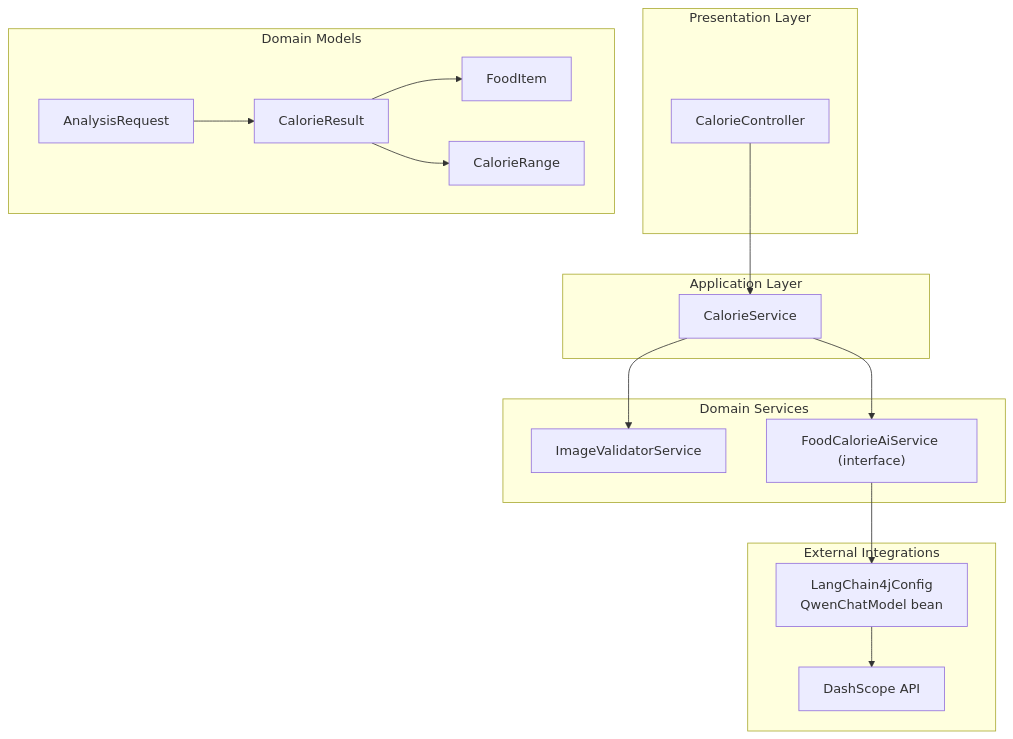
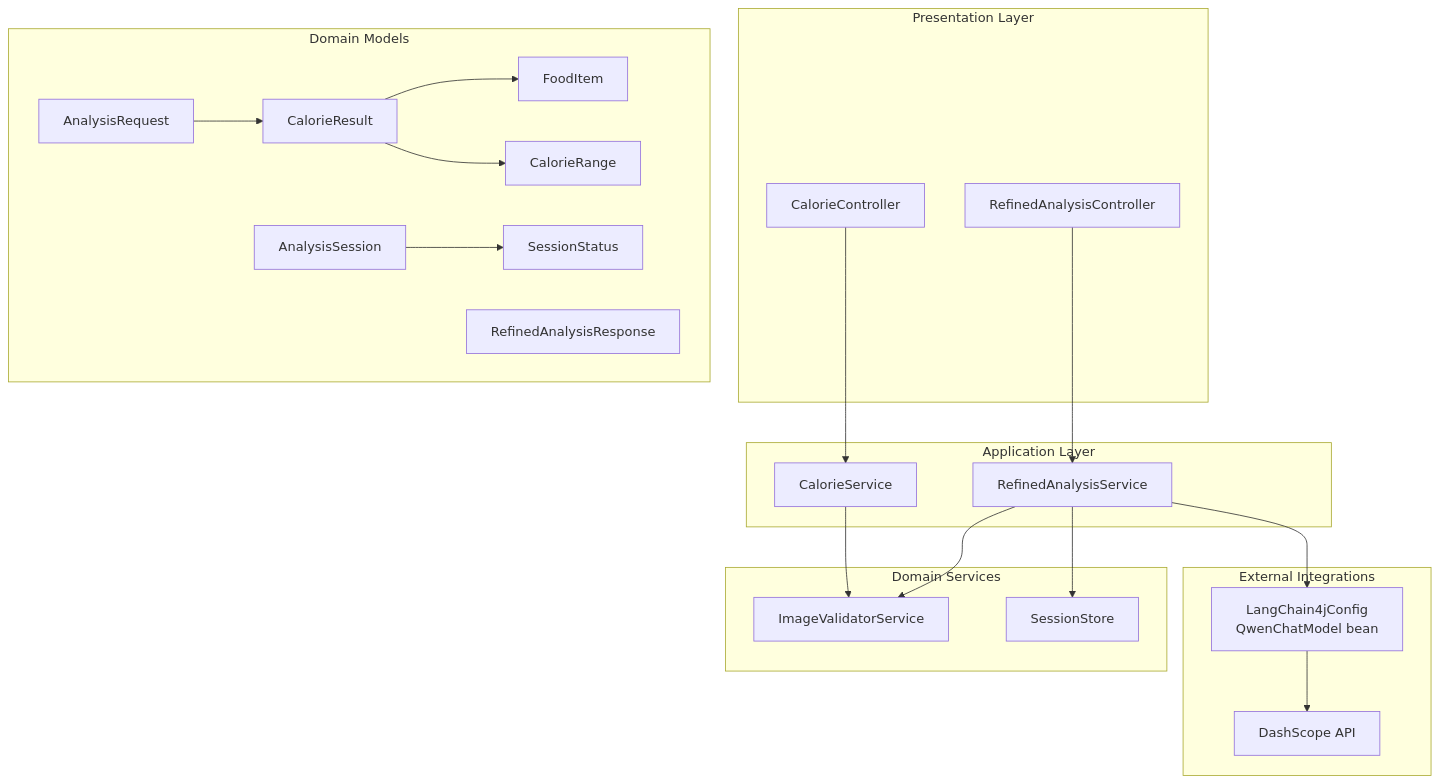
One commit to Meng-hh/heat_calculate changed the first of 11 diagrams in .qoder/repowiki/en/content/Business Logic Architecture.md. Above: the diagram before and after it, drawn with Mermaid. The commit also changed other lines of this file and 25 other files, not shown here.

````diff
--- a/.qoder/repowiki/en/content/Business Logic Architecture.md
+++ b/.qoder/repowiki/en/content/Business Logic Architecture.md
@@ -46,31 +62,39 @@
 ```mermaid
 graph TB
 subgraph "Presentation Layer"
 CC["CalorieController"]
+RAC["RefinedAnalysisController"]
 end
 subgraph "Application Layer"
 CS["CalorieService"]
+RAS["RefinedAnalysisService"]
 end
 subgraph "Domain Services"
 IVS["ImageValidatorService"]
-FCAIS["FoodCalorieAiService (interface)"]
+SS["SessionStore"]
 end
 subgraph "External Integrations"
 LCC["LangChain4jConfig<br/>QwenChatModel bean"]
 DSC["DashScope API"]
 end
 subgraph "Domain Models"
 CR["CalorieResult"]
 FI["FoodItem"]
 CRa["CalorieRange"]
+ARS["AnalysisSession"]
+RAR["RefinedAnalysisResponse"]
+SSS["SessionStatus"]
 AR["AnalysisRequest"]
 end
 CC --> CS
+RAC --> RAS
 CS --> IVS
-CS --> FCAIS
-FCAIS --> LCC
+RAS --> IVS
+RAS --> SS
+RAS --> LCC
 LCC --> DSC
 CR --> FI
 CR --> CRa
+ARS --> SSS
 AR --> CR
 ```
````
